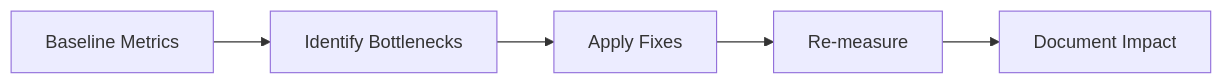
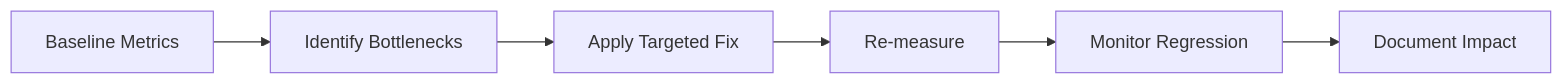
Before and after one commit to kaushalkumar8459/CodingTerminal-Tutorial-Notes: the diagram in tutorial-platform/public/tutorials/react/day-068-profiling-and-web-vitals.md, drawn with Mermaid. The commit also changed other lines of this file, not shown here.

````diff
--- a/tutorial-platform/public/tutorials/react/day-068-profiling-and-web-vitals.md
+++ b/tutorial-platform/public/tutorials/react/day-068-profiling-and-web-vitals.md
@@ -181,7 +232,8 @@
 ```mermaid
 flowchart LR
 		A[Baseline Metrics] --> B[Identify Bottlenecks]
-		B --> C[Apply Fixes]
+		B --> C[Apply Targeted Fix]
 		C --> D[Re-measure]
-		D --> E[Document Impact]
+		D --> E[Monitor Regression]
+		E --> F[Document Impact]
 ```
````
